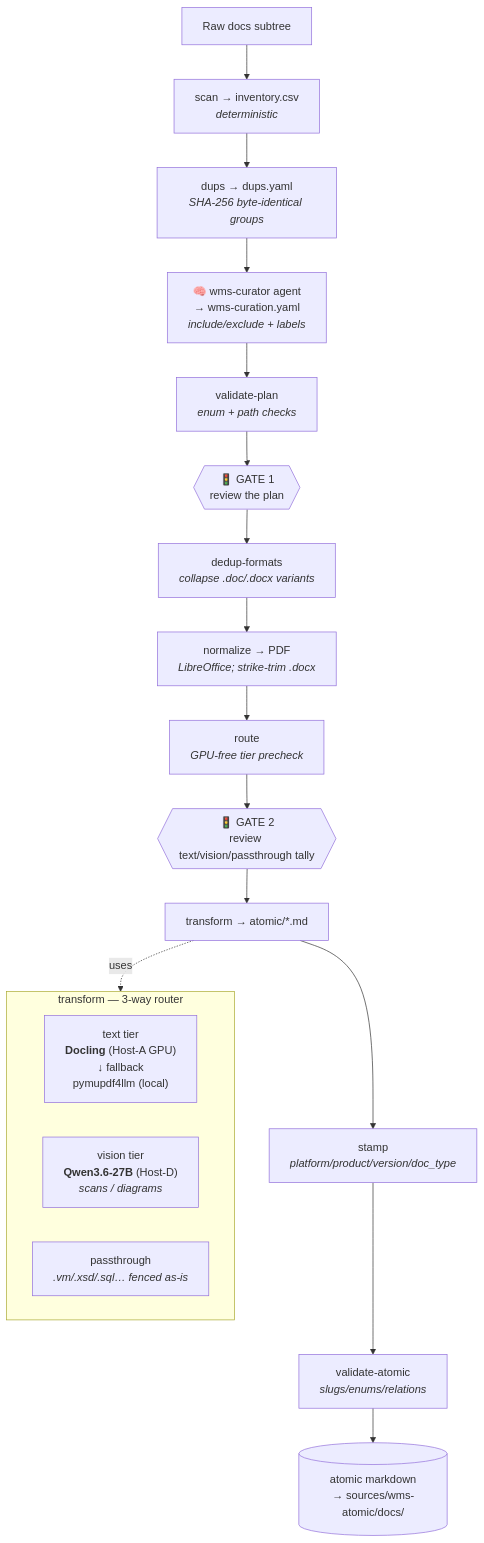
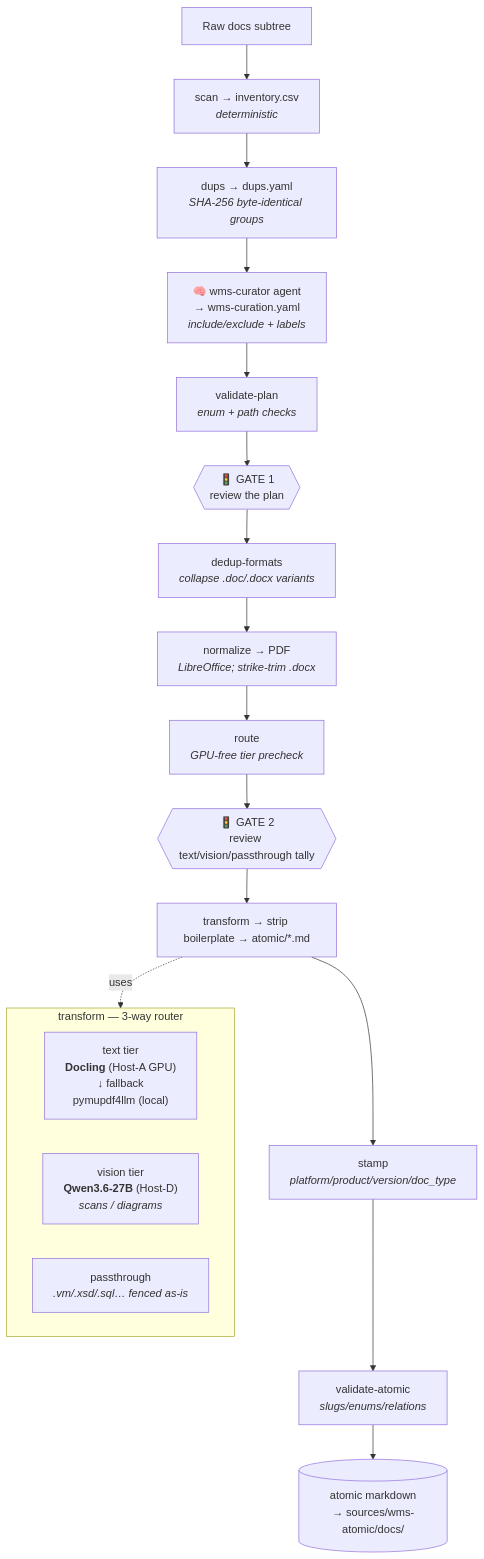
One commit to voyagerforge-dev/hive-intelligence changed the second of 9 diagrams in knowledge/okf/docs/OKF-Pipeline.md. Above: the diagram before and after it, drawn with Mermaid. The commit also changed other lines of this file, not shown here.

Commit message:
docs(okf-pipeline): document the boilerplate stripper step

````diff
--- a/knowledge/okf/docs/OKF-Pipeline.md
+++ b/knowledge/okf/docs/OKF-Pipeline.md
@@ -117,24 +117,24 @@
 ```mermaid
 flowchart TD
     raw["Raw docs subtree"] --> scan["scan → inventory.csv<br/><i>deterministic</i>"]
     scan --> dups["dups → dups.yaml<br/><i>SHA-256 byte-identical groups</i>"]
     dups --> curate["🧠 wms-curator agent<br/>→ wms-curation.yaml<br/><i>include/exclude + labels</i>"]
     curate --> vplan["validate-plan<br/><i>enum + path checks</i>"]
     vplan --> gate1{{"🚦 GATE 1<br/>review the plan"}}
     gate1 --> dedup["dedup-formats<br/><i>collapse .doc/.docx variants</i>"]
     dedup --> norm["normalize → PDF<br/><i>LibreOffice; strike-trim .docx</i>"]
     norm --> route["route<br/><i>GPU-free tier precheck</i>"]
     route --> gate2{{"🚦 GATE 2<br/>review text/vision/passthrough tally"}}
-    gate2 --> transform["transform → atomic/*.md"]
+    gate2 --> transform["transform → strip boilerplate → atomic/*.md"]
     transform --> stamp["stamp<br/><i>platform/product/version/doc_type</i>"]
     stamp --> vatomic["validate-atomic<br/><i>slugs/enums/relations</i>"]
     vatomic --> out[("atomic markdown<br/>→ sources/wms-atomic/docs/")]
 
     subgraph T["transform — 3-way router"]
         direction LR
         tt["text tier<br/><b>Docling</b> (Host-A GPU)<br/>↓ fallback<br/>pymupdf4llm (local)"]
         tv["vision tier<br/><b>Qwen3.6-27B</b> (Host-D)<br/><i>scans / diagrams</i>"]
         tp["passthrough<br/><i>.vm/.xsd/.sql… fenced as-is</i>"]
     end
     transform -.uses.-> T
 ```
````
